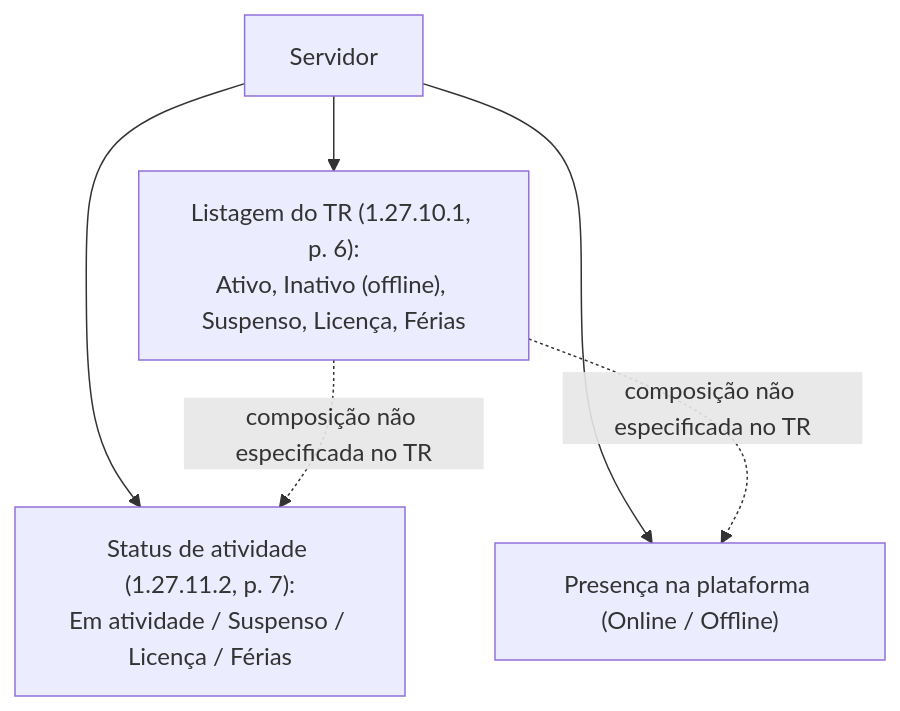
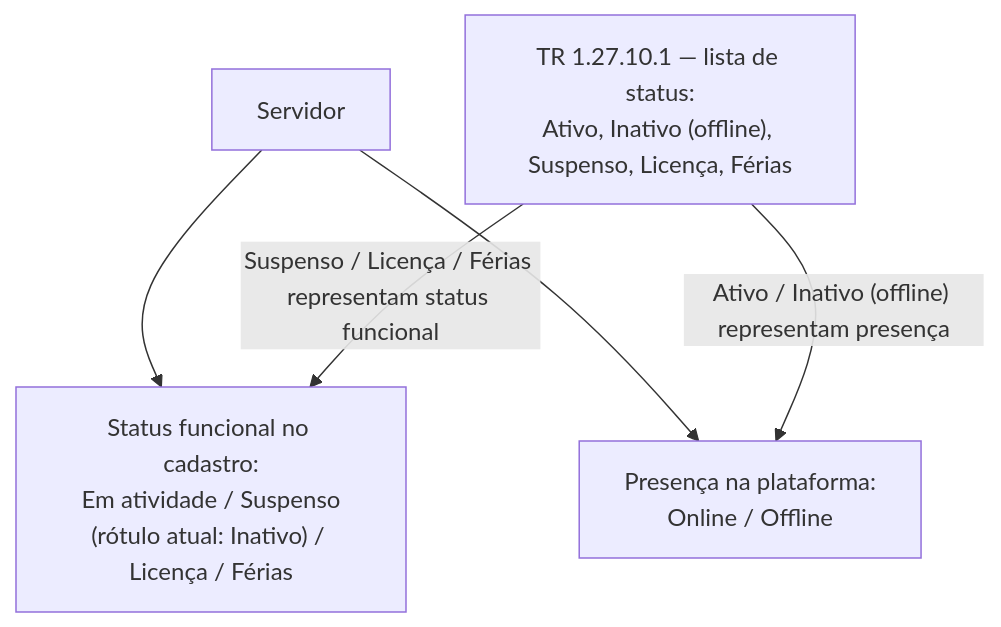
Before and after one commit to RafaCartaxo/brainwork: the second of 2 diagrams in QA Workspace/02 Demandas/DEV/SGV-11262 - [QA-Automação] Termo de Referência SOGOV/SGV-12082 - Mapeamento de atores e modelo do preset do TR/01 Modelo do preset/Seções do TR/03 - Estrutura organizacional e cadastro de servidores (1.26–1.27).md, drawn with Mermaid. The commit also changed other lines of this file and 4 other files, not shown here.

````diff
--- a/QA Workspace/02 Demandas/DEV/SGV-11262 - [QA-Automação] Termo de Referência SOGOV/SGV-12082 - Mapeamento de atores e modelo do preset do TR/01 Modelo do preset/Seções do TR/03 - Estrutura organizacional e cadastro de servidores (1.26–1.27).md
+++ b/QA Workspace/02 Demandas/DEV/SGV-11262 - [QA-Automação] Termo de Referência SOGOV/SGV-12082 - Mapeamento de atores e modelo do preset do TR/01 Modelo do preset/Seções do TR/03 - Estrutura organizacional e cadastro de servidores (1.26–1.27).md
@@ -32,8 +32,8 @@
 ```mermaid
 flowchart TB
-    Servidor["Servidor"] --> StatusAtividade["Status de atividade (1.27.11.2, p. 7):<br/>Em atividade / Suspenso / Licença / Férias"]
-    Servidor --> Presenca["Presença na plataforma (Online / Offline)"]
-    Servidor --> Listagem["Listagem do TR (1.27.10.1, p. 6):<br/>Ativo, Inativo (offline), Suspenso, Licença, Férias"]
-    Listagem -.->|"composição não especificada no TR"| StatusAtividade
-    Listagem -.->|"composição não especificada no TR"| Presenca
+    Servidor["Servidor"] --> StatusFuncional["Status funcional no cadastro:<br/>Em atividade / Suspenso<br/>(rótulo atual: Inativo) / Licença / Férias"]
+    Servidor --> Presenca["Presença na plataforma:<br/>Online / Offline"]
+    TR["TR 1.27.10.1 — lista de status:<br/>Ativo, Inativo (offline), Suspenso, Licença, Férias"]
+    TR -->|"Ativo / Inativo (offline) representam presença"| Presenca
+    TR -->|"Suspenso / Licença / Férias representam status funcional"| StatusFuncional
 ```
````
